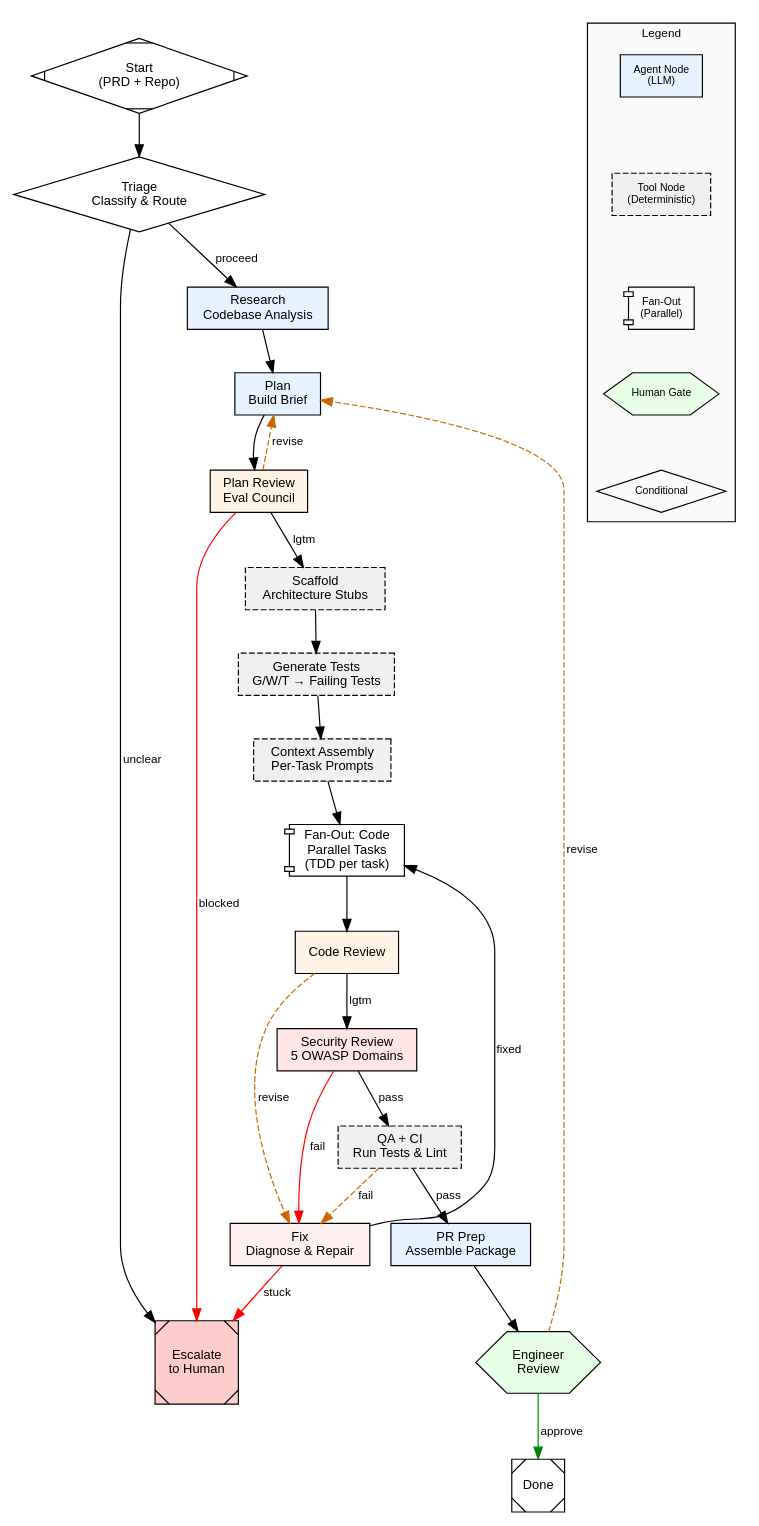
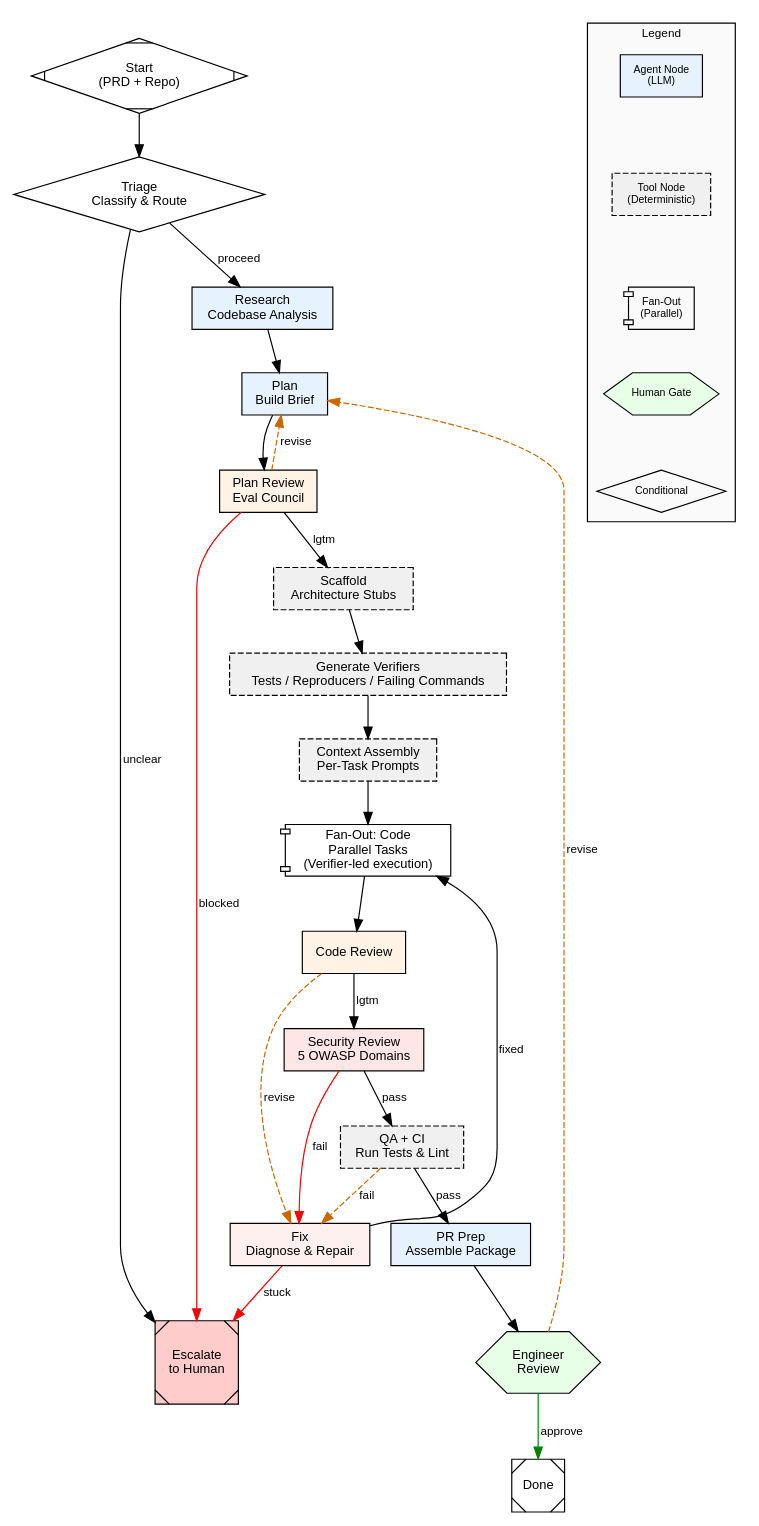
The diagram in WORKFLOW.dot (bigeasyfreeman/adlc), drawn with Graphviz before and after one commit. The commit also changed 32 other files, not shown here.

```diff
--- a/WORKFLOW.dot
+++ b/WORKFLOW.dot
@@ -1,121 +1,121 @@
 // ADLC Pipeline — Directed Acyclic Graph
 // Node shapes: box=agent, component=fan-out, hexagon=human-gate, diamond=conditional, rect(dashed)=tool
 // Edge labels drive routing: lgtm, revise, escalate, pass, fail
 
 digraph ADLC {
     rankdir=TB
     fontname="Helvetica"
     node [fontname="Helvetica", fontsize=11]
     edge [fontname="Helvetica", fontsize=10]
 
     // ─── Start / Exit ───
     start [shape=Mdiamond, label="Start\n(PRD + Repo)"]
     done  [shape=Msquare, label="Done"]
     escalate [shape=Msquare, label="Escalate\nto Human", style=filled, fillcolor="#ffcccc"]
 
     // ─── Triage (lightweight LLM pass) ───
     triage [shape=diamond, label="Triage\nClassify & Route"]
 
     // ─── Research (agentic) ───
     research [shape=box, label="Research\nCodebase Analysis", style=filled, fillcolor="#e6f3ff"]
 
     // ─── Planning (agentic) ───
     plan [shape=box, label="Plan\nBuild Brief", style=filled, fillcolor="#e6f3ff"]
 
     // ─── Plan Review (agentic — Eval Council) ───
     plan_review [shape=box, label="Plan Review\nEval Council", style=filled, fillcolor="#fff3e6"]
 
     // ─── Scaffold + Tests (deterministic tool nodes) ───
     scaffold [shape=box, label="Scaffold\nArchitecture Stubs", style="dashed,filled", fillcolor="#f0f0f0"]
-    gen_tests [shape=box, label="Generate Tests\nG/W/T → Failing Tests", style="dashed,filled", fillcolor="#f0f0f0"]
+    gen_tests [shape=box, label="Generate Verifiers\nTests / Reproducers / Failing Commands", style="dashed,filled", fillcolor="#f0f0f0"]
 
     // ─── Context Assembly (deterministic) ───
     context_assembly [shape=box, label="Context Assembly\nPer-Task Prompts", style="dashed,filled", fillcolor="#f0f0f0"]
 
     // ─── Coding (fan-out: parallel task execution) ───
-    code [shape=component, label="Fan-Out: Code\nParallel Tasks\n(TDD per task)"]
+    code [shape=component, label="Fan-Out: Code\nParallel Tasks\n(Verifier-led execution)"]
 
     // ─── Code Review (agentic) ───
     code_review [shape=box, label="Code Review", style=filled, fillcolor="#fff3e6"]
 
     // ─── Security Review (agentic) ───
     security [shape=box, label="Security Review\n5 OWASP Domains", style=filled, fillcolor="#ffe6e6"]
 
     // ─── QA + CI (deterministic tool node) ───
     qa [shape=box, label="QA + CI\nRun Tests & Lint", style="dashed,filled", fillcolor="#f0f0f0"]
 
     // ─── PR Assembly (agentic) ───
     pr_prep [shape=box, label="PR Prep\nAssemble Package", style=filled, fillcolor="#e6f3ff"]
 
     // ─── Human Gate ───
     engineer_review [shape=hexagon, label="Engineer\nReview", style=filled, fillcolor="#e6ffe6"]
 
     // ─── Fix Node (recovery loop) ───
     fixer [shape=box, label="Fix\nDiagnose & Repair", style=filled, fillcolor="#fff0f0"]
 
     // ═══ Edges ═══
 
     // Entry
     start -> triage
 
     // Triage routing
     triage -> research     [label="proceed"]
     triage -> escalate     [label="unclear"]
 
     // Research → Plan
     research -> plan
 
     // Plan ↔ Review loop
     plan -> plan_review
     plan_review -> plan          [label="revise", style=dashed, color="#cc6600"]
     plan_review -> scaffold      [label="lgtm"]
     plan_review -> escalate      [label="blocked", color="red"]
 
     // Scaffold → Tests → Context Assembly (deterministic chain)
     scaffold -> gen_tests
     gen_tests -> context_assembly
 
     // Context Assembly → Fan-Out Code
     context_assembly -> code
 
     // Code → Review loop
     code -> code_review
     code_review -> fixer         [label="revise", style=dashed, color="#cc6600"]
     code_review -> security      [label="lgtm"]
     fixer -> code                [label="fixed"]
     fixer -> escalate            [label="stuck", color="red"]
 
     // Security gate
     security -> qa               [label="pass"]
     security -> fixer            [label="fail", color="red"]
 
     // QA gate
     qa -> pr_prep                [label="pass"]
     qa -> fixer                  [label="fail", style=dashed, color="#cc6600"]
 
     // PR → Human Gate
     pr_prep -> engineer_review
 
     // Human gate routing
     engineer_review -> done      [label="approve", color="green"]
     engineer_review -> plan      [label="revise", style=dashed, color="#cc6600"]
 
     // ─── Subgraph: Legend ───
     subgraph cluster_legend {
         label="Legend"
         style=filled
         fillcolor="#fafafa"
         fontsize=10
 
         l_agent [shape=box, label="Agent Node\n(LLM)", style=filled, fillcolor="#e6f3ff", fontsize=9]
         l_tool  [shape=box, label="Tool Node\n(Deterministic)", style="dashed,filled", fillcolor="#f0f0f0", fontsize=9]
         l_fan   [shape=component, label="Fan-Out\n(Parallel)", fontsize=9]
         l_gate  [shape=hexagon, label="Human Gate", style=filled, fillcolor="#e6ffe6", fontsize=9]
         l_cond  [shape=diamond, label="Conditional", fontsize=9]
 
         l_agent -> l_tool [style=invis]
         l_tool -> l_fan [style=invis]
         l_fan -> l_gate [style=invis]
         l_gate -> l_cond [style=invis]
     }
 }
```
